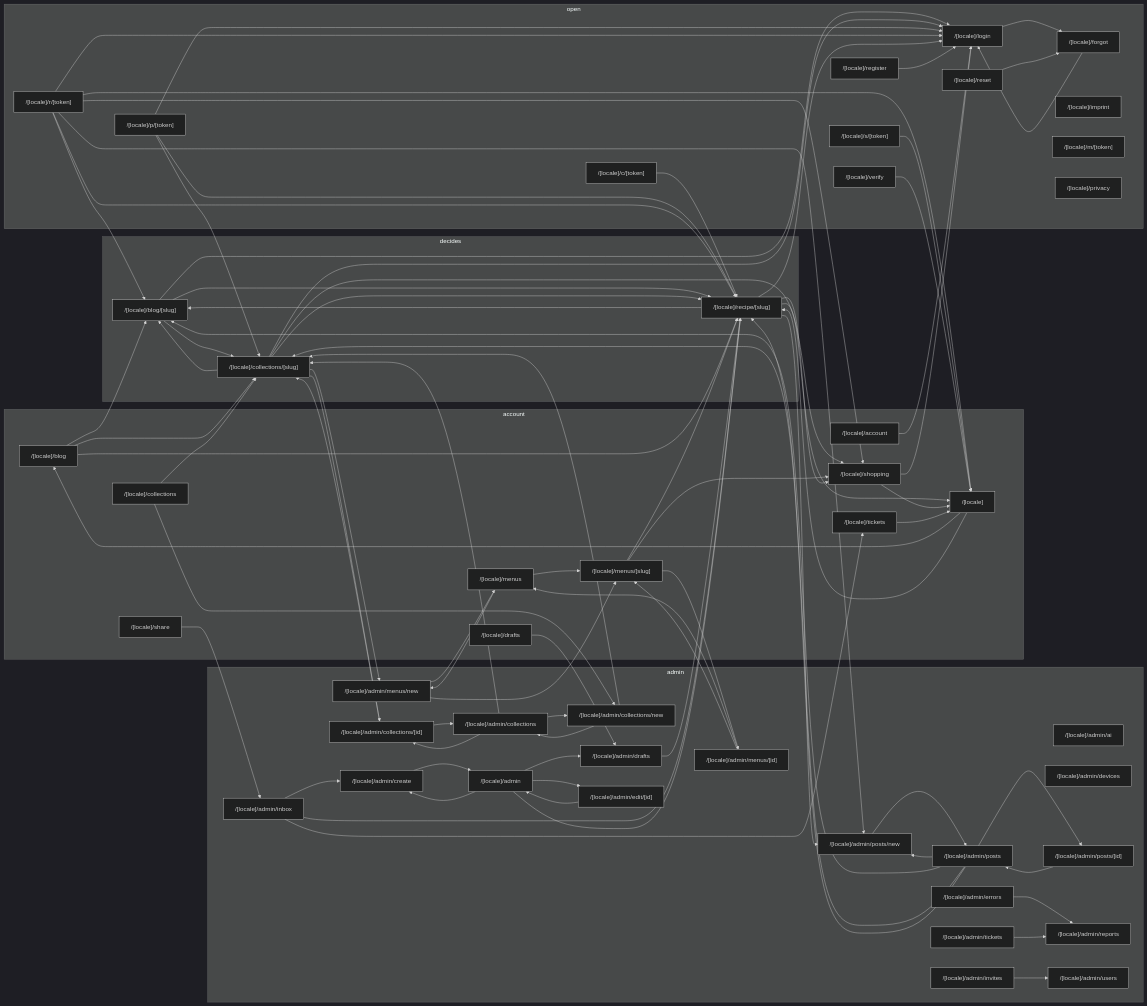
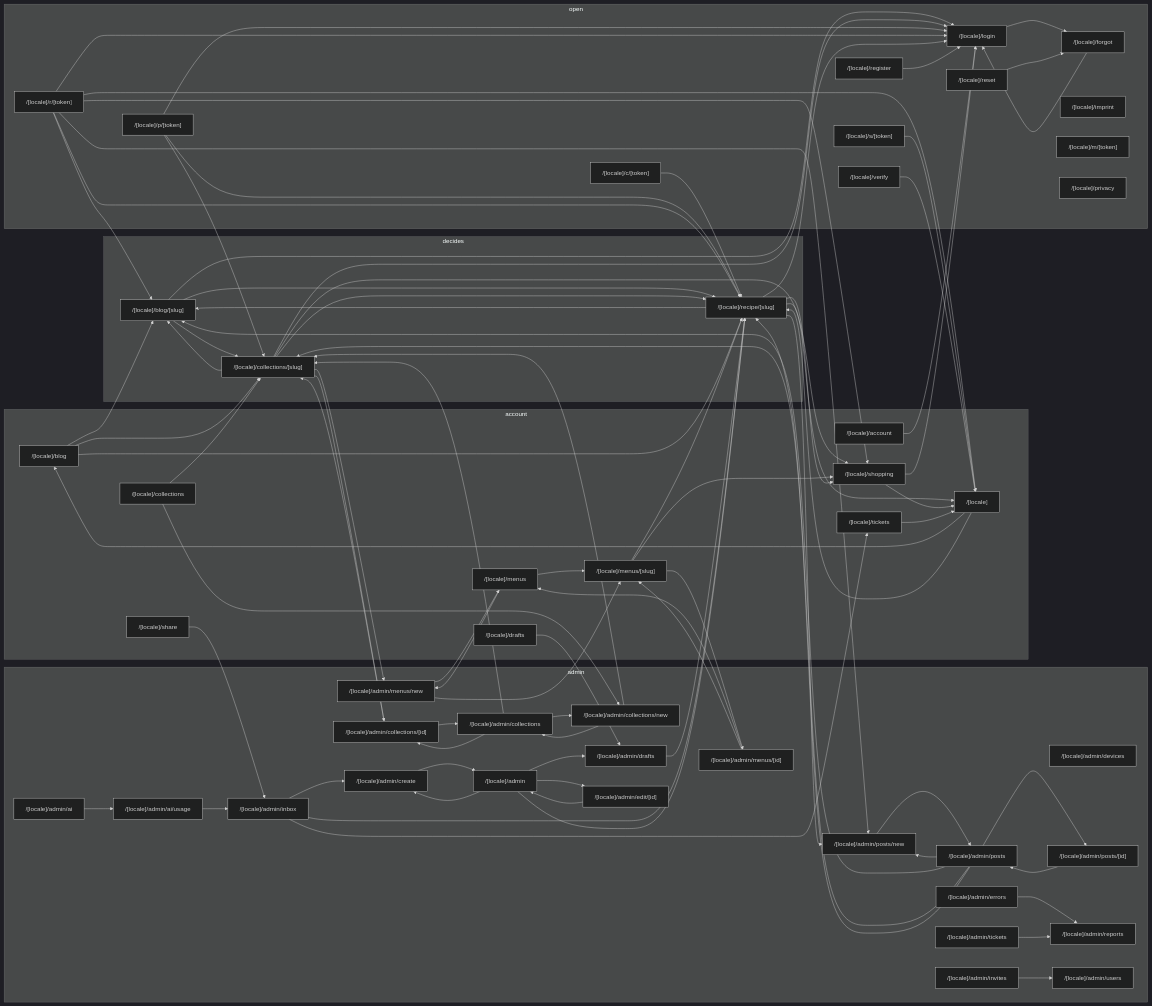
The first of 2 diagrams in docs/interaction-map.generated.md (morischumacher/moscookbook), drawn with Mermaid (dark theme) before and after one commit. The commit also changed other lines of this file and 27 other files, not shown here.

First line of the commit message:
Token usage: every AI call counted, each inbox item compared with its kind, and a dashboard that says how to use less

```diff
--- a/docs/interaction-map.generated.md
+++ b/docs/interaction-map.generated.md
@@ -208,6 +210,7 @@
   end
   subgraph admin
     n__locale__admin_ai["/[locale]/admin/ai"]
+    n__locale__admin_ai_usage["/[locale]/admin/ai/usage"]
     n__locale__admin_collections__id_["/[locale]/admin/collections/[id]"]
     n__locale__admin_collections_new["/[locale]/admin/collections/new"]
     n__locale__admin_collections["/[locale]/admin/collections"]
@@ -248,6 +251,8 @@
     n__locale__verify["/[locale]/verify"]
   end
   n__locale__account --> n__locale__login
+  n__locale__admin_ai --> n__locale__admin_ai_usage
+  n__locale__admin_ai_usage --> n__locale__admin_inbox
   n__locale__admin_collections__id_ --> n__locale__admin_collections
   n__locale__admin_collections__id_ --> n__locale__collections__slug_
   n__locale__admin_collections_new --> n__locale__admin_collections
```
